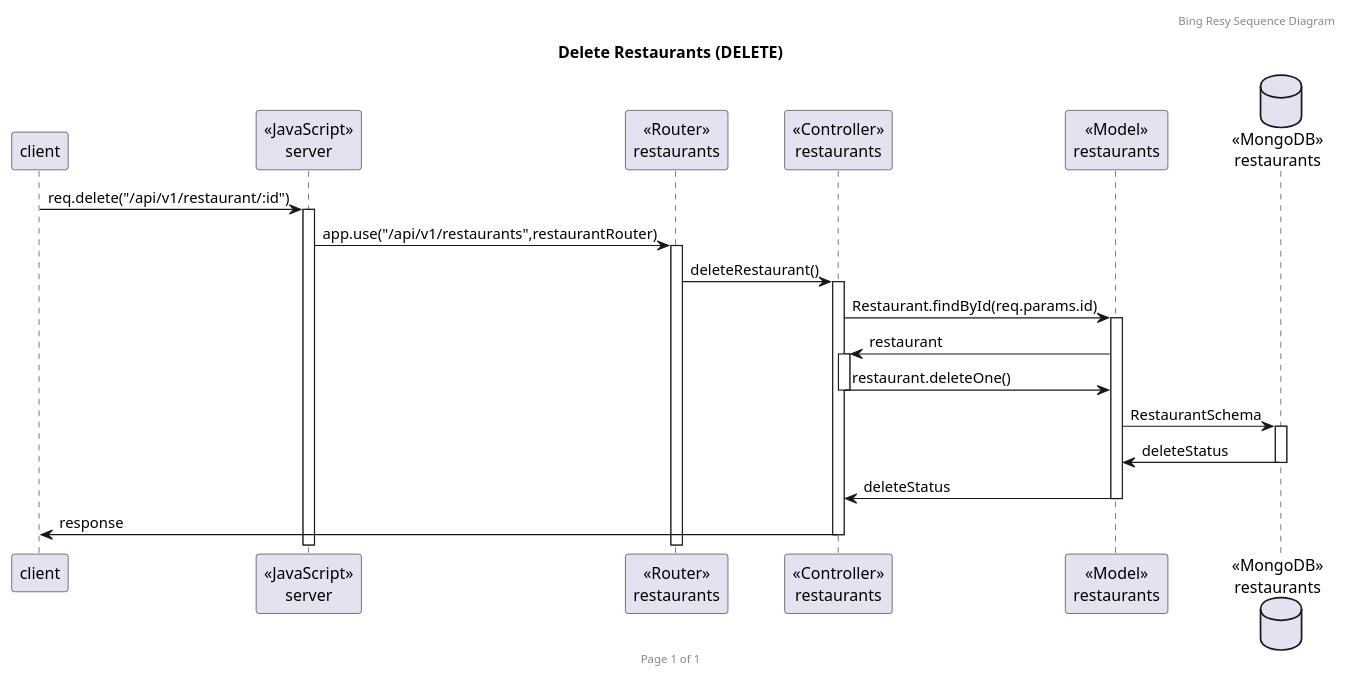
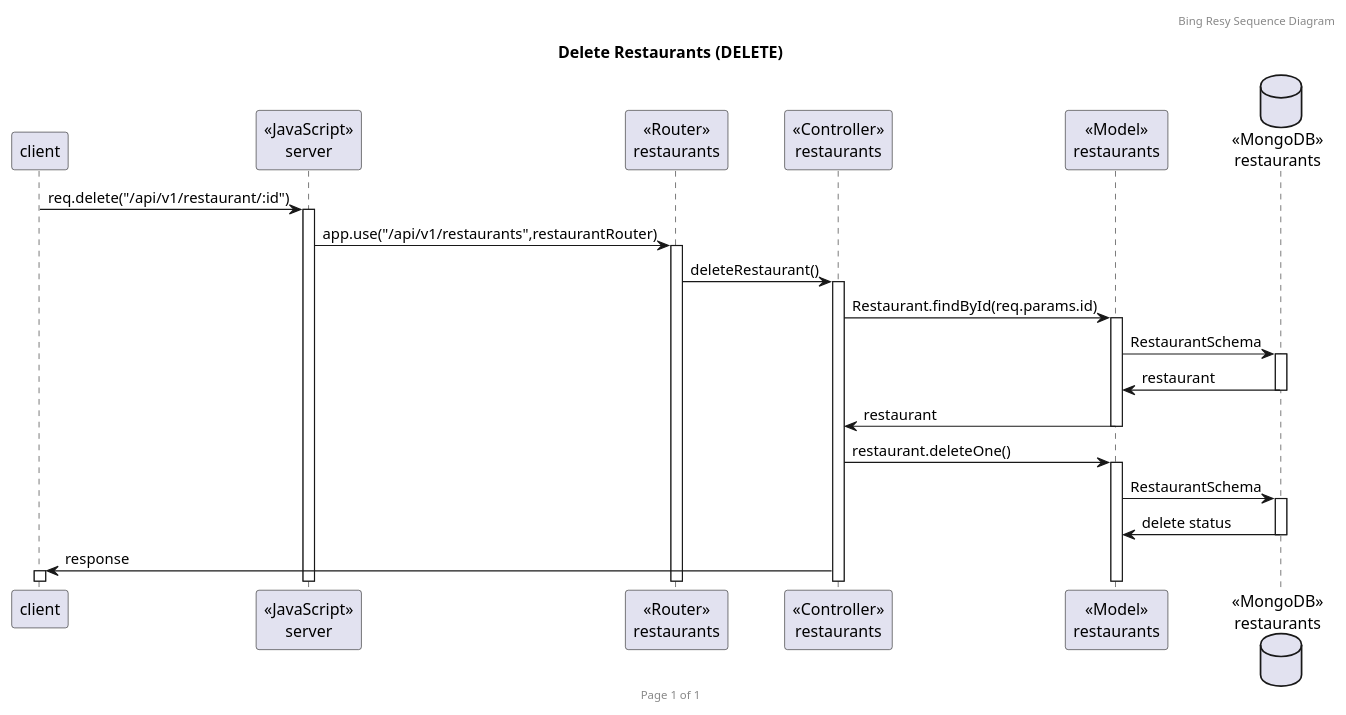
Before and after one commit to NewBieCoderXD/SW_backend_project: the diagram in PUMLs/restaurants/deleteRestaurant.puml, drawn with PlantUML. The commit also changed 5 other files, not shown here.

```diff
--- a/PUMLs/restaurants/deleteRestaurant.puml
+++ b/PUMLs/restaurants/deleteRestaurant.puml
@@ -1,25 +1,26 @@
 @startuml
 
 header Bing Resy Sequence Diagram
 footer Page %page% of %lastpage%
 title "Delete Restaurants (DELETE)"
 
 participant "client" as client
 participant "<<JavaScript>>\nserver" as server
 participant "<<Router>>\nrestaurants" as restaurantsRouter
 participant "<<Controller>>\nrestaurants" as restaurantsController
 participant "<<Model>>\nrestaurants" as restaurantsModel
 database "<<MongoDB>>\nrestaurants" as restaurantsDatabase
 
 client -> server ++: req.delete("/api/v1/restaurant/:id")
 server -> restaurantsRouter ++: app.use("/api/v1/restaurants",restaurantRouter)
 restaurantsRouter -> restaurantsController ++: deleteRestaurant()
 restaurantsController -> restaurantsModel ++: Restaurant.findById(req.params.id)
-restaurantsModel -> restaurantsController ++: restaurant
-restaurantsController -> restaurantsModel --: restaurant.deleteOne()
 restaurantsModel -> restaurantsDatabase ++:RestaurantSchema
-restaurantsDatabase -> restaurantsModel --:deleteStatus
-restaurantsModel -> restaurantsController --:deleteStatus
-restaurantsController -> client --:response
+restaurantsDatabase -> restaurantsModel --: restaurant
+restaurantsModel -> restaurantsController --: restaurant
+restaurantsController -> restaurantsModel ++: restaurant.deleteOne()
+restaurantsModel -> restaurantsDatabase ++:RestaurantSchema
+restaurantsDatabase -> restaurantsModel --:delete status
+restaurantsController -> client ++:response
 
 @enduml
```
